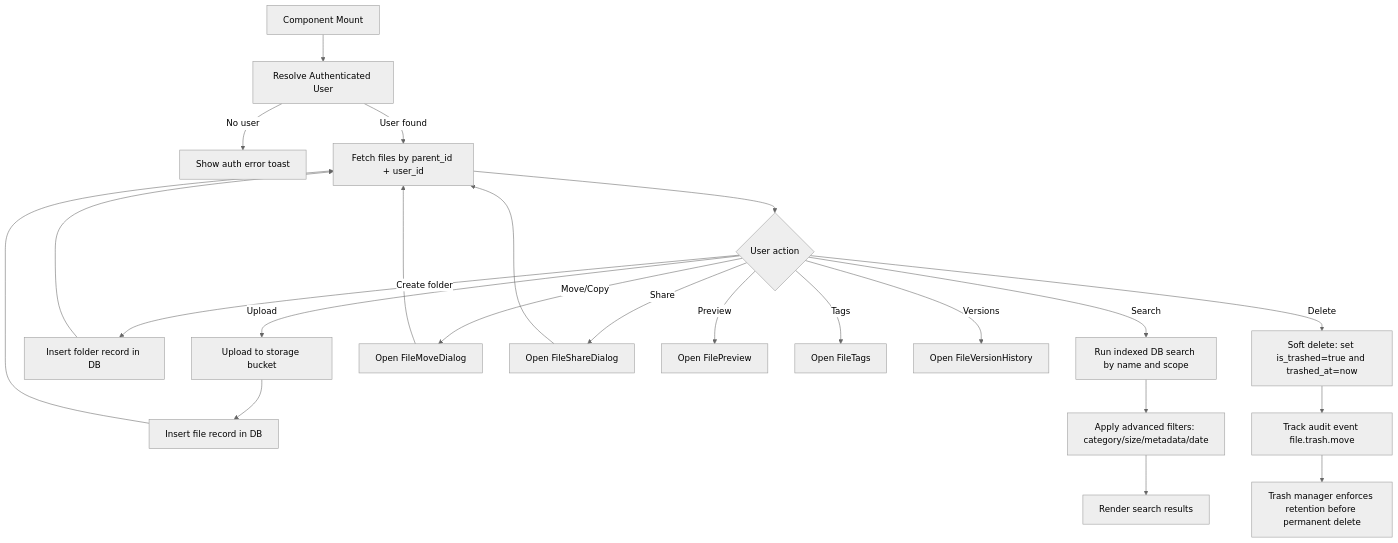
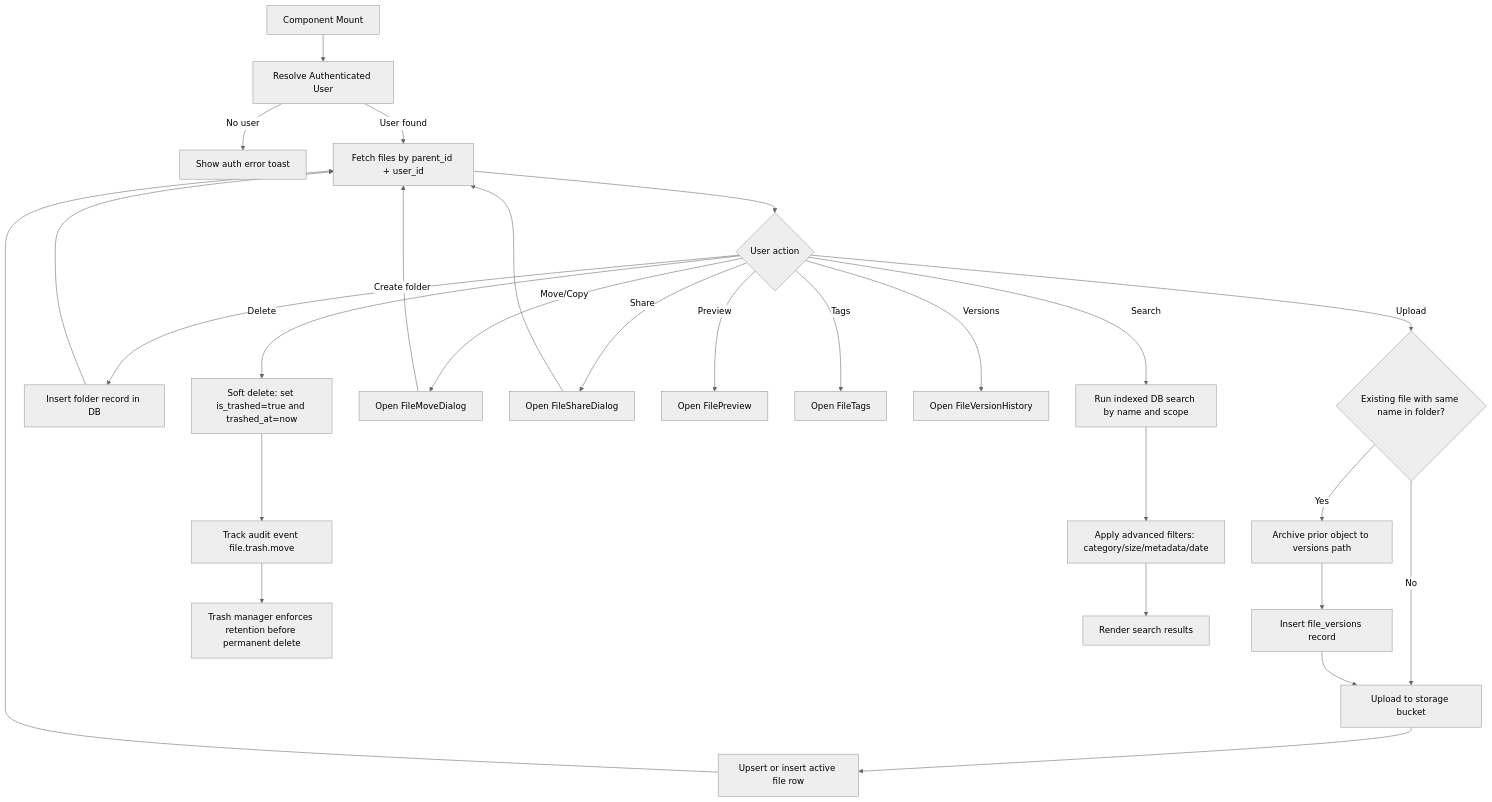
One commit to AmanVatsSharma/AiCloudStorage changed the diagram in app/components/files/README.md. Above: the diagram before and after it, drawn with Mermaid (neutral theme). The commit also changed other lines of this file and 5 other files, not shown here.

````diff
--- a/app/components/files/README.md
+++ b/app/components/files/README.md
@@ -51,25 +54,29 @@
 ```mermaid
 flowchart TD
   A[Component Mount] --> B[Resolve Authenticated User]
   B -->|No user| C[Show auth error toast]
   B -->|User found| D[Fetch files by parent_id + user_id]
   D --> E{User action}
-  E -->|Upload| F[Upload to storage bucket]
-  F --> G[Insert file record in DB]
+  E -->|Upload| F{Existing file with same name in folder?}
+  F -->|Yes| F1[Archive prior object to versions path]
+  F1 --> F2[Insert file_versions record]
+  F -->|No| G[Upload to storage bucket]
+  F2 --> G
+  G --> H1[Upsert or insert active file row]
   E -->|Create folder| H[Insert folder record in DB]
   E -->|Search| I[Run indexed DB search by name and scope]
   I --> I2[Apply advanced filters: category/size/metadata/date]
   E -->|Move/Copy| J[Open FileMoveDialog]
   E -->|Share| K[Open FileShareDialog]
   E -->|Preview| L[Open FilePreview]
   E -->|Tags| M[Open FileTags]
   E -->|Versions| N[Open FileVersionHistory]
   E -->|Delete| T[Soft delete: set is_trashed=true and trashed_at=now]
   T --> U[Track audit event file.trash.move]
   U --> V[Trash manager enforces retention before permanent delete]
-  G --> D
+  H1 --> D
   H --> D
   I2 --> O[Render search results]
   J --> D
   K --> D
 ```
````
